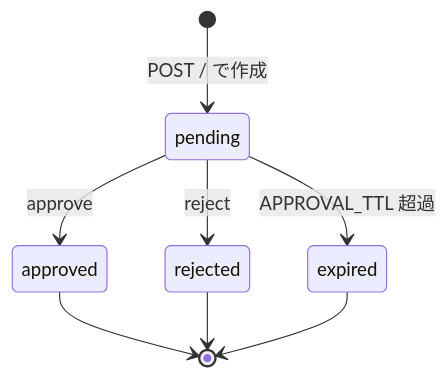
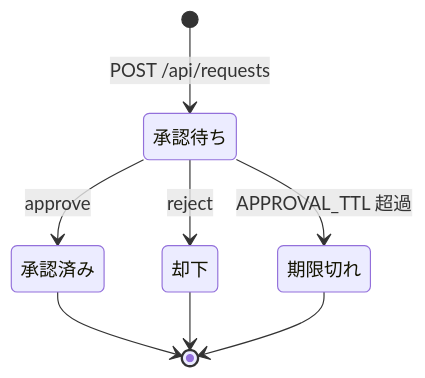
Before and after one commit to nakamura26002002921-a11y/gromacs-master_v2: the third of 3 diagrams in README.md, drawn with Mermaid. The commit also changed other lines of this file, not shown here.

````diff
--- a/README.md
+++ b/README.md
@@ -142,10 +213,10 @@
 ```mermaid
 stateDiagram-v2
-    [*] --> pending: POST / で作成
-    pending --> approved: approve
-    pending --> rejected: reject
-    pending --> expired: APPROVAL_TTL 超過
-    approved --> [*]
-    rejected --> [*]
-    expired --> [*]
+    [*] --> 承認待ち: POST /api/requests
+    承認待ち --> 承認済み: approve
+    承認待ち --> 却下: reject
+    承認待ち --> 期限切れ: APPROVAL_TTL 超過
+    承認済み --> [*]
+    却下 --> [*]
+    期限切れ --> [*]
 ```
````
